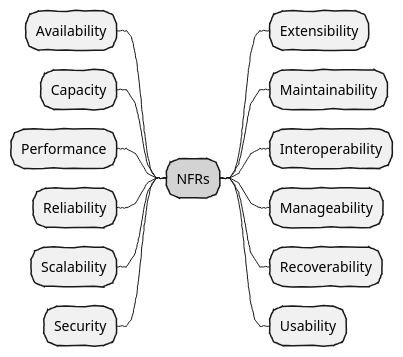
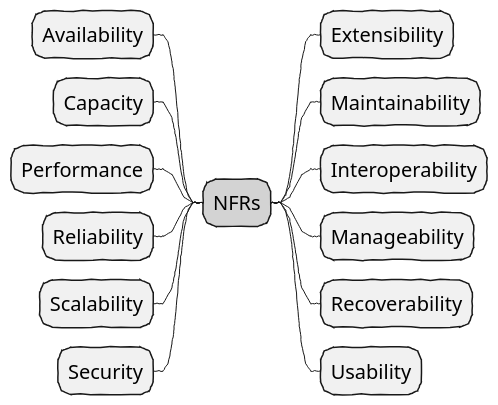
Before and after one commit to PacktPublishing/Domain-Driven-Design-with-Java-A-Practitioner-s-Guide: the second of 5 diagrams in book/src/docs/asciidoc/01-ddd-rationale.adoc, drawn with PlantUML. The commit also changed 6 other files, not shown here.

```diff
--- a/book/src/docs/asciidoc/01-ddd-rationale.adoc
+++ b/book/src/docs/asciidoc/01-ddd-rationale.adoc
@@ -136,21 +136,26 @@
 [plantuml,nfrs]
 ....
 @startmindmap
 skinparam handwritten true
 skinparam monochrome true
-
+<style>
+mindmapDiagram {
+    FontName "Gloria Hallelujah"
+    FontSize 20
+}
+</style>
 *[#lightgray] NFRs
 ++ Extensibility
 ++ Maintainability
 ++ Interoperability
 ++ Manageability
 ++ Recoverability
 ++ Usability
 -- Availability
 -- Capacity
 -- Performance
 -- Reliability
 -- Scalability
 -- Security
 @endmindmap
 ....
```
